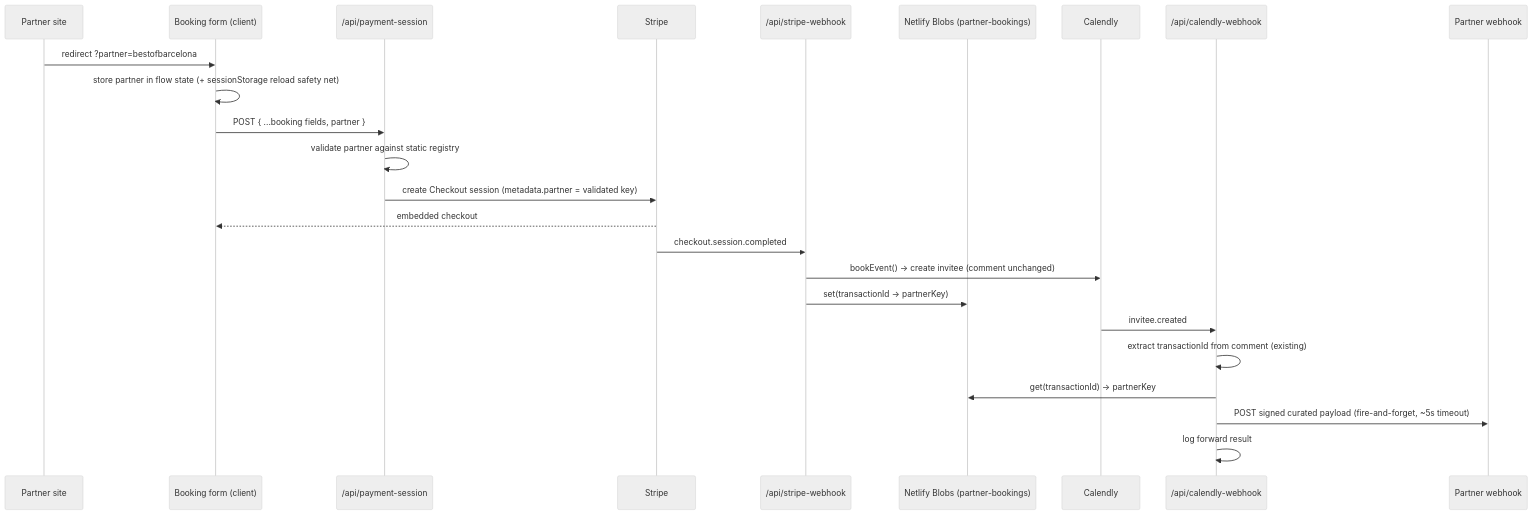
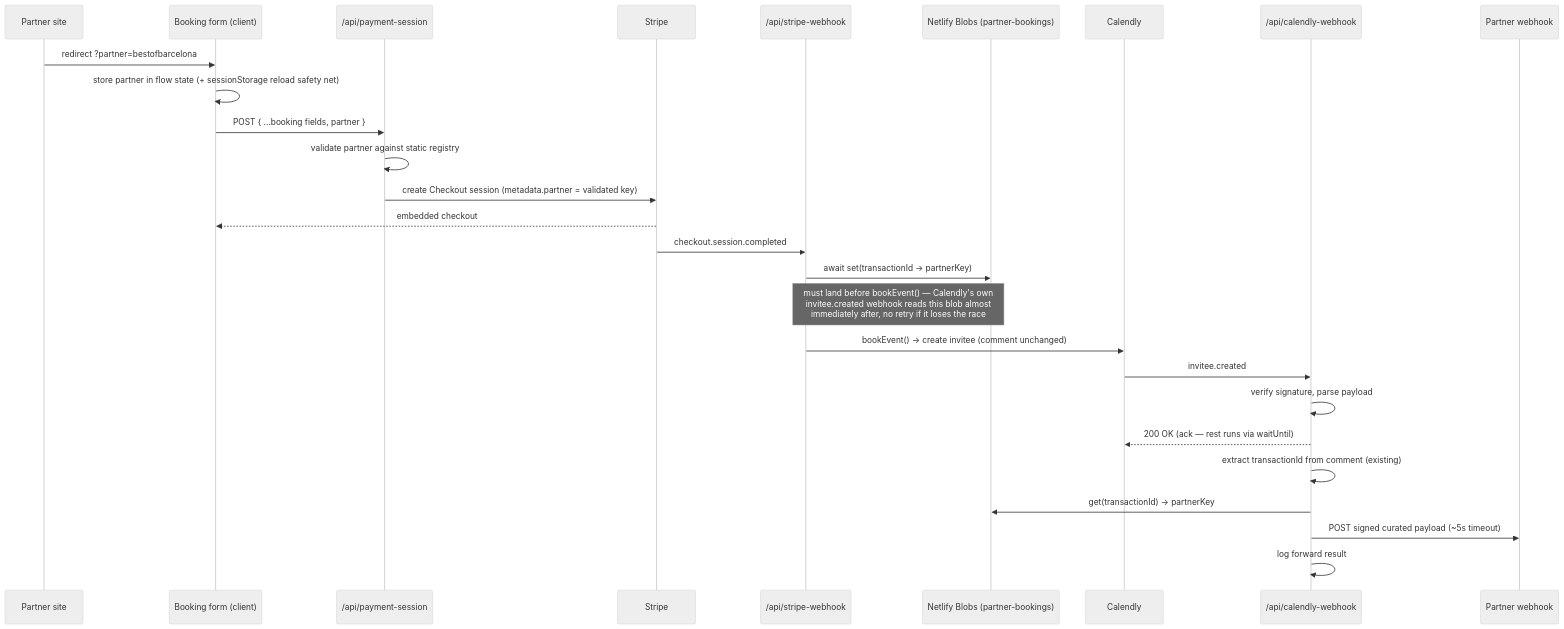
The diagram in docs/adr/0001-partner-referral-webhook-forwarding.md (nlopin/splashplay-power), drawn with Mermaid (neutral theme) before and after one commit. The commit also changed other lines of this file, not shown here.

First line of the commit message:
docs(adr): sync partner webhook ADR with implementation

````diff
--- a/docs/adr/0001-partner-referral-webhook-forwarding.md
+++ b/docs/adr/0001-partner-referral-webhook-forwarding.md
@@ -213,27 +270,30 @@
 ```mermaid
 sequenceDiagram
     participant P as Partner site
     participant B as Booking form (client)
     participant PS as /api/payment-session
     participant S as Stripe
     participant SW as /api/stripe-webhook
     participant Blob as Netlify Blobs (partner-bookings)
     participant Cal as Calendly
     participant CW as /api/calendly-webhook
     participant PW as Partner webhook
 
     P->>B: redirect ?partner=bestofbarcelona
     B->>B: store partner in flow state (+ sessionStorage reload safety net)
     B->>PS: POST { ...booking fields, partner }
     PS->>PS: validate partner against static registry
     PS->>S: create Checkout session (metadata.partner = validated key)
     S-->>B: embedded checkout
     S->>SW: checkout.session.completed
+    SW->>Blob: await set(transactionId → partnerKey)
+    Note over SW,Blob: must land before bookEvent() — Calendly's own<br/>invitee.created webhook reads this blob almost<br/>immediately after, no retry if it loses the race
     SW->>Cal: bookEvent() → create invitee (comment unchanged)
-    SW->>Blob: set(transactionId → partnerKey)
     Cal->>CW: invitee.created
+    CW->>CW: verify signature, parse payload
+    CW-->>Cal: 200 OK (ack — rest runs via waitUntil)
     CW->>CW: extract transactionId from comment (existing)
     CW->>Blob: get(transactionId) → partnerKey
-    CW->>PW: POST signed curated payload (fire-and-forget, ~5s timeout)
+    CW->>PW: POST signed curated payload (~5s timeout)
     CW->>CW: log forward result
 ```
````
